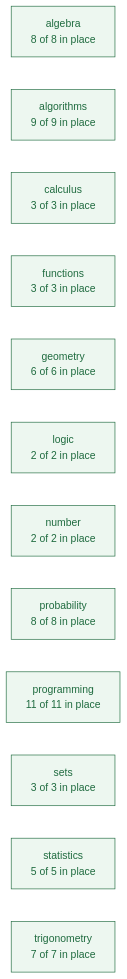
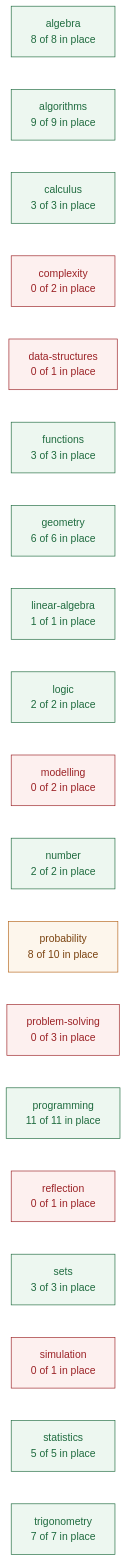
Before and after one commit to deweydex/dewlab: the first of 3 diagrams in planning/CURRICULUM_MAP.md, drawn with Mermaid. The commit also changed other lines of this file and 21 other files, not shown here.

````diff
--- a/planning/CURRICULUM_MAP.md
+++ b/planning/CURRICULUM_MAP.md
@@ -44,20 +51,29 @@
 ```mermaid
 graph LR
   algebra["algebra<br/>8 of 8 in place"]
   algorithms["algorithms<br/>9 of 9 in place"]
   calculus["calculus<br/>3 of 3 in place"]
+  complexity["complexity<br/>0 of 2 in place"]
+  data_structures["data-structures<br/>0 of 1 in place"]
   functions["functions<br/>3 of 3 in place"]
   geometry["geometry<br/>6 of 6 in place"]
+  linear_algebra["linear-algebra<br/>1 of 1 in place"]
   logic["logic<br/>2 of 2 in place"]
+  modelling["modelling<br/>0 of 2 in place"]
   number["number<br/>2 of 2 in place"]
-  probability["probability<br/>8 of 8 in place"]
+  probability["probability<br/>8 of 10 in place"]
+  problem_solving["problem-solving<br/>0 of 3 in place"]
   programming["programming<br/>11 of 11 in place"]
+  reflection["reflection<br/>0 of 1 in place"]
   sets["sets<br/>3 of 3 in place"]
+  simulation["simulation<br/>0 of 1 in place"]
   statistics["statistics<br/>5 of 5 in place"]
   trigonometry["trigonometry<br/>7 of 7 in place"]
 
   classDef full fill:#edf7f0,stroke:#1f6b3f,color:#1f6b3f;
   classDef part fill:#fdf6ec,stroke:#b5651d,color:#7a4310;
   classDef none fill:#fdf0ef,stroke:#9b2226,color:#9b2226;
-  class algebra,algorithms,calculus,functions,geometry,logic,number,probability,programming,sets,statistics,trigonometry full;
+  class algebra,algorithms,calculus,functions,geometry,linear_algebra,logic,number,programming,sets,statistics,trigonometry full;
+  class probability part;
+  class complexity,data_structures,modelling,problem_solving,reflection,simulation none;
 ```
````
